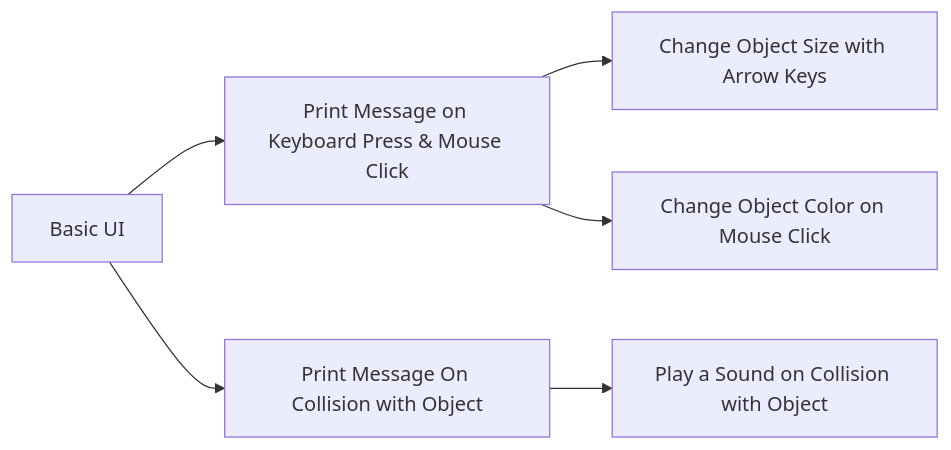
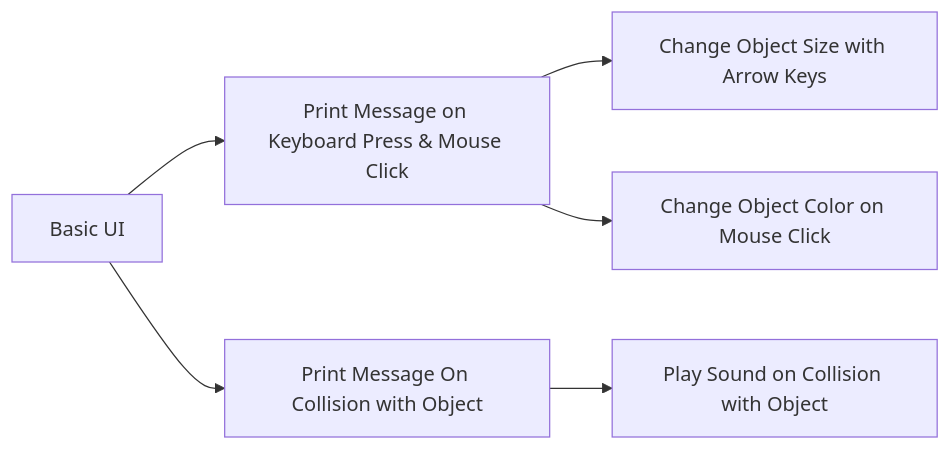
The diagram in data/work/realityLab-unity-scripting-tutorials.md (learninglab-dev/the-resources), drawn with Mermaid before and after one commit. The commit also changed other lines of this file, not shown here.

````diff
--- a/data/work/realityLab-unity-scripting-tutorials.md
+++ b/data/work/realityLab-unity-scripting-tutorials.md
@@ -10,10 +10,10 @@
 ```mermaid
 graph LR
 A[Basic UI] --> B[Print Message on Keyboard Press & Mouse Click]
 A --> C[Print Message On Collision with Object]
 B --> D[Change Object Size with Arrow Keys]
 B --> E[Change Object Color on Mouse Click]
-C --> F[Play a Sound on Collision with Object]
+C --> F[Play Sound on Collision with Object]
 
 
 ```
````
